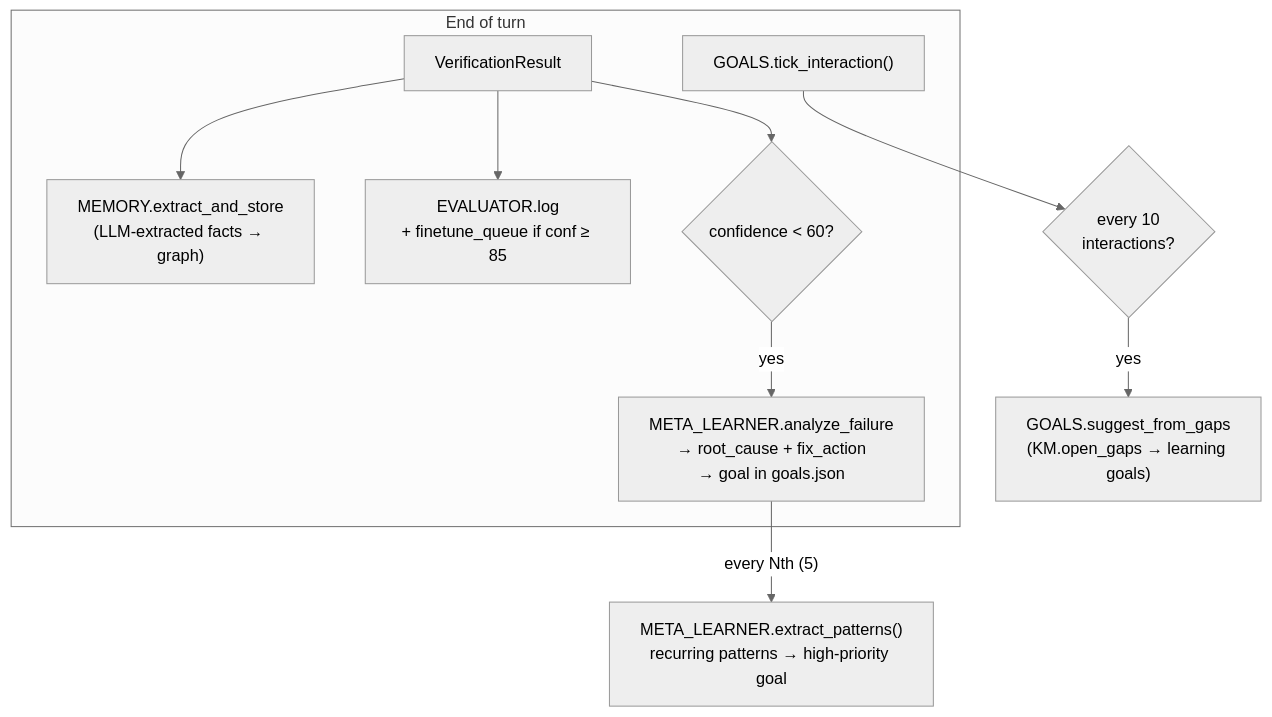
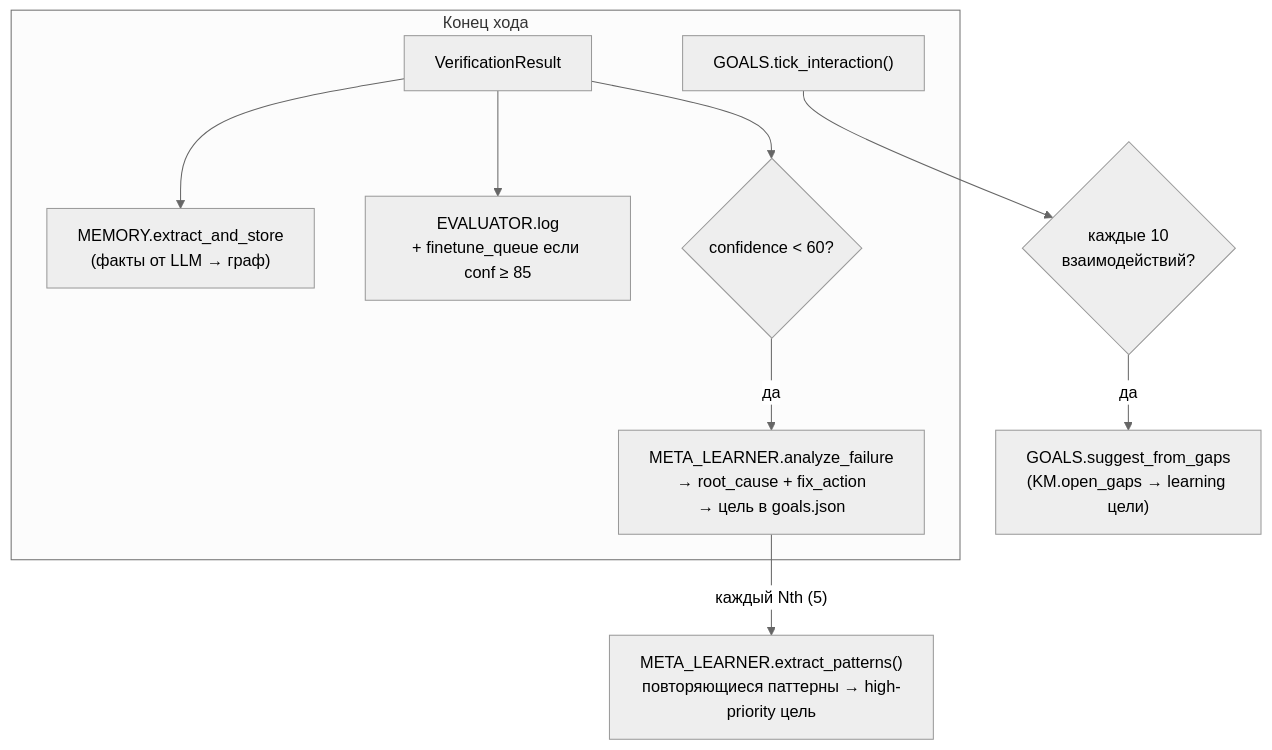
Before and after one commit to gjaloyan/hrant: the ninth of 12 diagrams in docs/architecture.md, drawn with Mermaid (neutral theme). The commit also changed other lines of this file, not shown here.

First line of the commit message:
docs(architecture): translate to Russian

````diff
--- a/docs/architecture.md
+++ b/docs/architecture.md
@@ -413,19 +413,19 @@
 ```mermaid
 flowchart TD
-    subgraph TURN["End of turn"]
+    subgraph TURN["Конец хода"]
         VR["VerificationResult"]
-        EXTR["MEMORY.extract_and_store<br/>(LLM-extracted facts → graph)"]
-        EVAL["EVALUATOR.log<br/>+ finetune_queue if conf ≥ 85"]
+        EXTR["MEMORY.extract_and_store<br/>(факты от LLM → граф)"]
+        EVAL["EVALUATOR.log<br/>+ finetune_queue если conf ≥ 85"]
         FAIL{"confidence < 60?"}
-        ANL["META_LEARNER.analyze_failure<br/>→ root_cause + fix_action<br/>→ goal in goals.json"]
+        ANL["META_LEARNER.analyze_failure<br/>→ root_cause + fix_action<br/>→ цель в goals.json"]
         TICK["GOALS.tick_interaction()"]
     end
 
     VR --> EXTR
     VR --> EVAL
     VR --> FAIL
-    FAIL -->|"yes"| ANL
-    ANL -->|"every Nth (5)"| EXTRACT["META_LEARNER.extract_patterns()<br/>recurring patterns → high-priority goal"]
-    TICK --> PROACTIVE{"every 10<br/>interactions?"}
-    PROACTIVE -->|"yes"| GAPS["GOALS.suggest_from_gaps<br/>(KM.open_gaps → learning goals)"]
+    FAIL -->|"да"| ANL
+    ANL -->|"каждый Nth (5)"| EXTRACT["META_LEARNER.extract_patterns()<br/>повторяющиеся паттерны → high-priority цель"]
+    TICK --> PROACTIVE{"каждые 10<br/>взаимодействий?"}
+    PROACTIVE -->|"да"| GAPS["GOALS.suggest_from_gaps<br/>(KM.open_gaps → learning цели)"]
 ```
````
